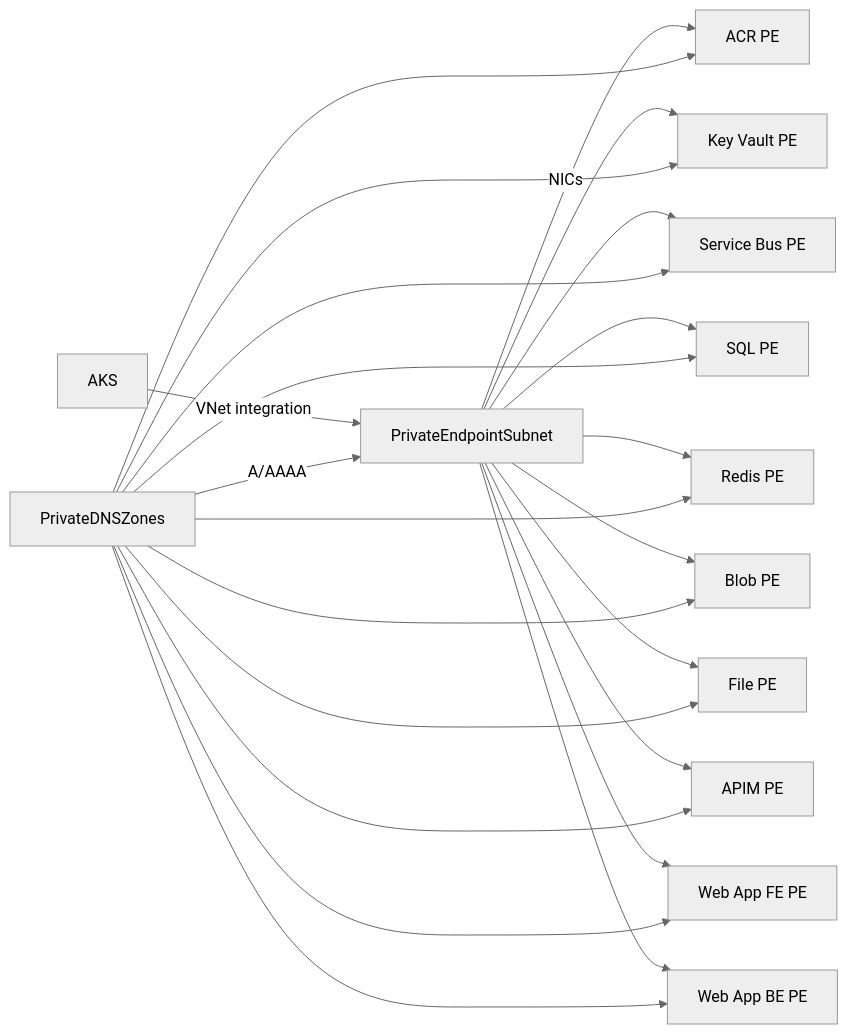
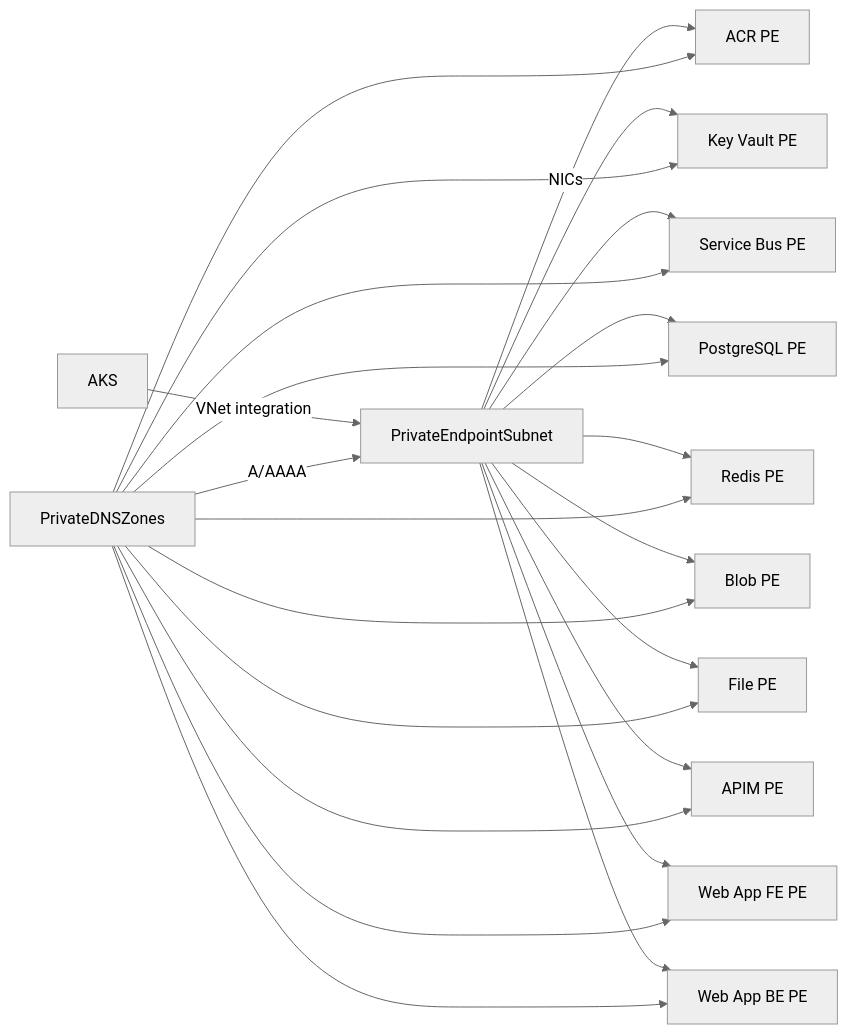
Before and after one commit to scottdeland/Azure-Landing-Zone-Automation: the second of 2 diagrams in landing-zones/app-aks/readme.md, drawn with Mermaid (neutral theme). The commit also changed other lines of this file and 4 other files, not shown here.

````diff
--- a/landing-zones/app-aks/readme.md
+++ b/landing-zones/app-aks/readme.md
@@ -56,25 +57,25 @@
 ```mermaid
 flowchart LR
   PrivateEndpointSubnet -->|NICs| ACR[ACR PE]
   PrivateEndpointSubnet --> KV[Key Vault PE]
   PrivateEndpointSubnet --> SB[Service Bus PE]
-  PrivateEndpointSubnet --> SQL[SQL PE]
+  PrivateEndpointSubnet --> PostgreSQL[PostgreSQL PE]
   PrivateEndpointSubnet --> REDIS[Redis PE]
   PrivateEndpointSubnet --> StorageBlob[Blob PE]
   PrivateEndpointSubnet --> StorageNFS[File PE]
   PrivateEndpointSubnet --> APIM[APIM PE]
   PrivateEndpointSubnet --> WebFE[Web App FE PE]
   PrivateEndpointSubnet --> WebBE[Web App BE PE]
   PrivateDNSZones --> ACR
   PrivateDNSZones --> KV
   PrivateDNSZones --> SB
-  PrivateDNSZones --> SQL
+  PrivateDNSZones --> PostgreSQL
   PrivateDNSZones --> REDIS
   PrivateDNSZones --> StorageBlob
   PrivateDNSZones --> StorageNFS
   PrivateDNSZones --> APIM
   PrivateDNSZones --> WebFE
   PrivateDNSZones --> WebBE
   AKS -->|VNet integration| PrivateEndpointSubnet
   PrivateDNSZones -->|A/AAAA| PrivateEndpointSubnet
 ```
````
